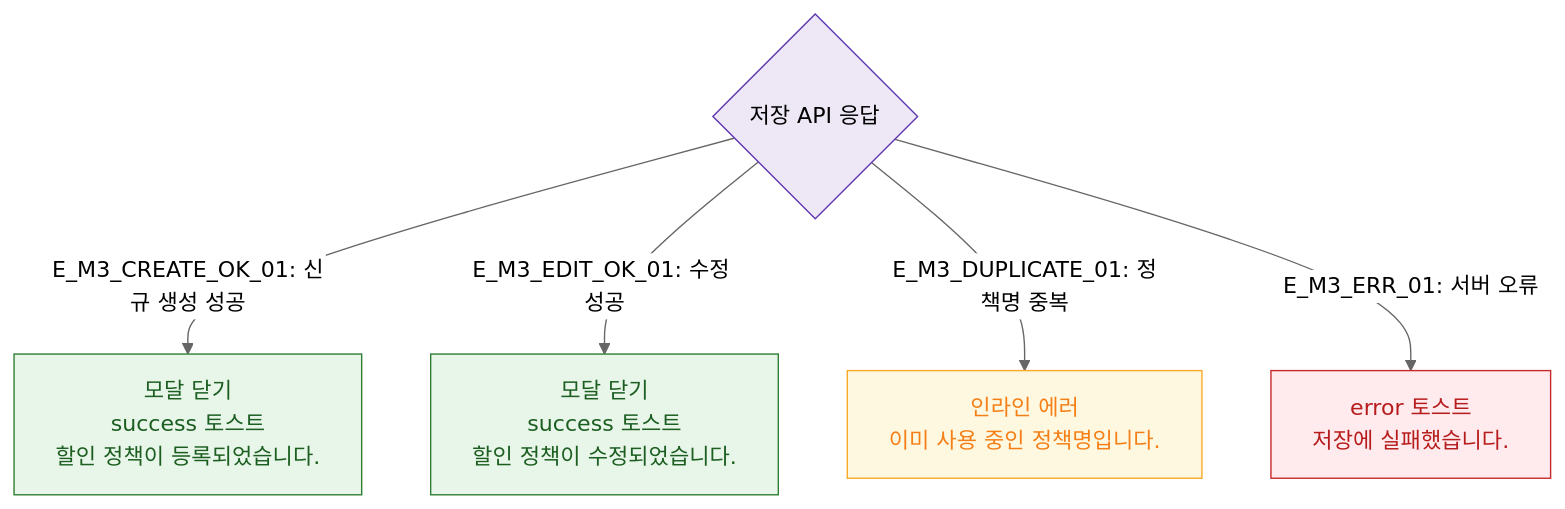
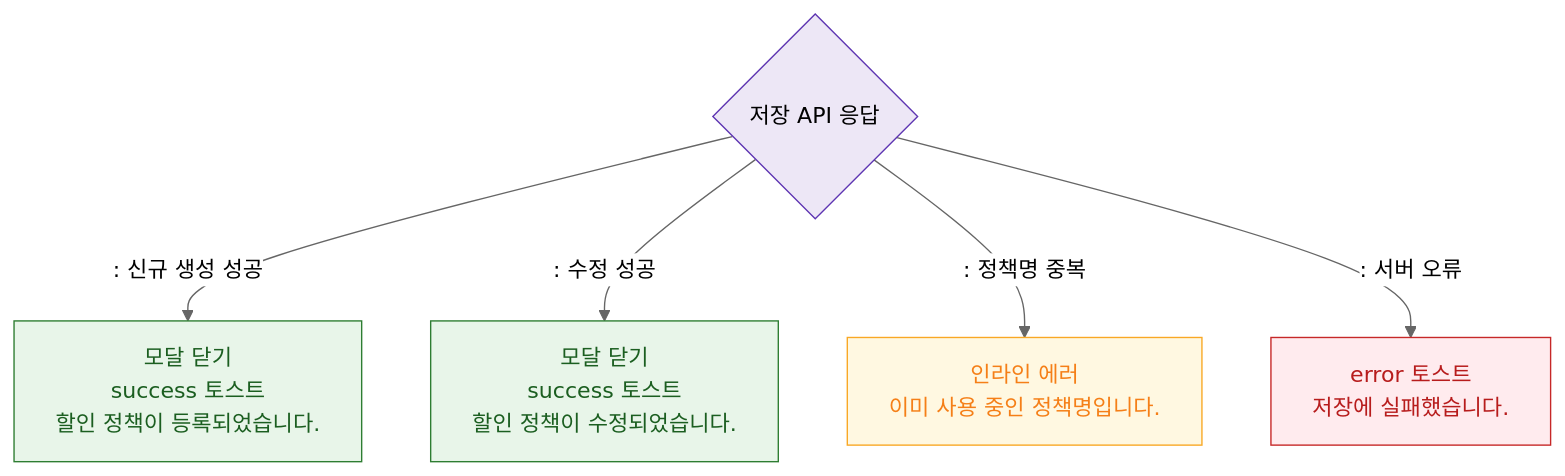
Before and after one commit to dev-spogym/admin-pando: the diagram in docs/다이어그램/D05_상품관리/DLG/DLG-P007_할인정책추가수정/M3_결과분기.md, drawn with Mermaid (neutral theme). The commit also changed other lines of this file and 1660 other files, not shown here.

First line of the commit message:
다이어그램: 기획자/클라이언트 납품본으로 정리

````diff
--- a/docs/다이어그램/D05_상품관리/DLG/DLG-P007_할인정책추가수정/M3_결과분기.md
+++ b/docs/다이어그램/D05_상품관리/DLG/DLG-P007_할인정책추가수정/M3_결과분기.md
@@ -16,16 +14,16 @@
 ```mermaid
 flowchart TD
-    SaveAPI{저장 API 응답} -->|"E_M3_CREATE_OK_01: 신규 생성 성공"| CreateSuccess[모달 닫기\nsuccess 토스트\n할인 정책이 등록되었습니다.]
-    SaveAPI -->|"E_M3_EDIT_OK_01: 수정 성공"| EditSuccess[모달 닫기\nsuccess 토스트\n할인 정책이 수정되었습니다.]
-    SaveAPI -->|"E_M3_DUPLICATE_01: 정책명 중복"| DupErr[인라인 에러\n이미 사용 중인 정책명입니다.]
-    SaveAPI -->|"E_M3_ERR_01: 서버 오류"| ServerErr[error 토스트\n저장에 실패했습니다.]
+    SaveAPI{저장 API 응답} -->|": 신규 생성 성공"|CreateSuccess[모달 닫기\nsuccess 토스트\n할인 정책이 등록되었습니다.]
+    SaveAPI -->|": 수정 성공"|EditSuccess[모달 닫기\nsuccess 토스트\n할인 정책이 수정되었습니다.]
+    SaveAPI -->|": 정책명 중복"|DupErr[인라인 에러\n이미 사용 중인 정책명입니다.]
+    SaveAPI -->|": 서버 오류"|ServerErr[error 토스트\n저장에 실패했습니다.]
 
     classDef success fill:#E8F5E9,stroke:#2E7D32,color:#1B5E20
     classDef warning fill:#FFF8E1,stroke:#F9A825,color:#F57F17
     classDef error fill:#FFEBEE,stroke:#C62828,color:#B71C1C
     classDef system fill:#EDE7F6,stroke:#5E35B2
     class CreateSuccess,EditSuccess success
     class DupErr warning
     class ServerErr error
     class SaveAPI system
 ```
````
